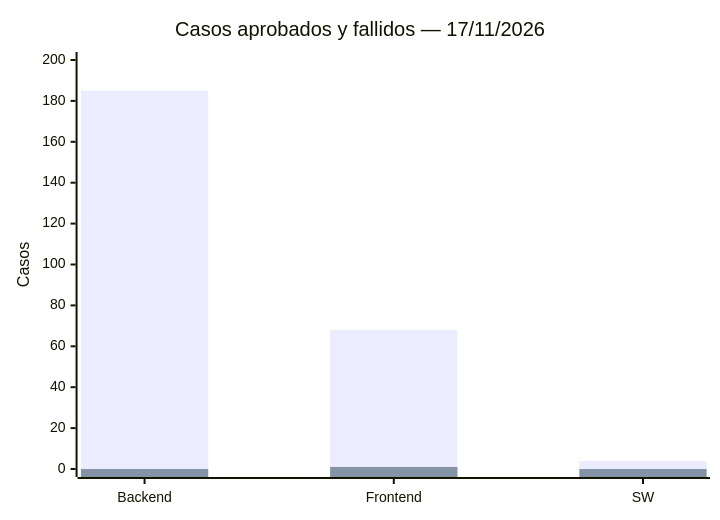
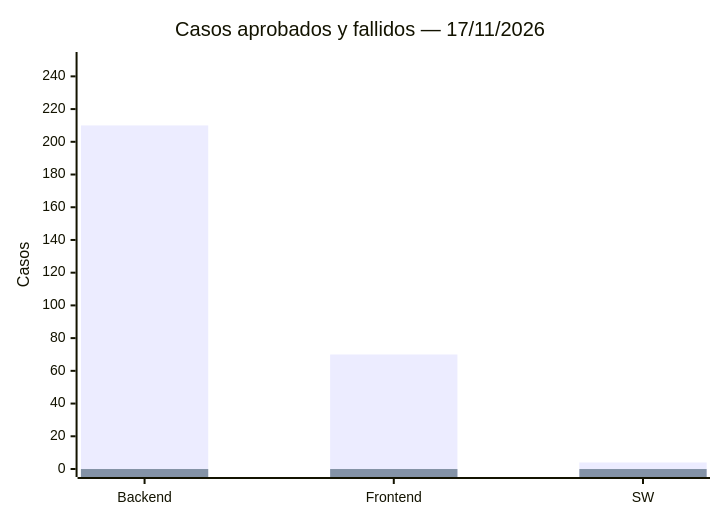
The diagram in docs/04 Cierre/04 Tableros de Control - Híbridos V_1_0_0.md (Celestemi/ecologistica-junin), drawn with Mermaid before and after one commit. The commit also changed other lines of this file and 138 other files, not shown here.

````diff
--- a/docs/04 Cierre/04 Tableros de Control - Híbridos V_1_0_0.md
+++ b/docs/04 Cierre/04 Tableros de Control - Híbridos V_1_0_0.md
@@ -45,8 +47,8 @@
 ```mermaid
 xychart-beta
     title "Casos aprobados y fallidos — 17/11/2026"
     x-axis [Backend, Frontend, SW]
-    y-axis "Casos" 0 --> 200
-    bar [185, 68, 4]
-    bar [0, 1, 0]
+    y-axis "Casos" 0 --> 250
+    bar [210, 70, 4]
+    bar [0, 0, 0]
 ```
````
